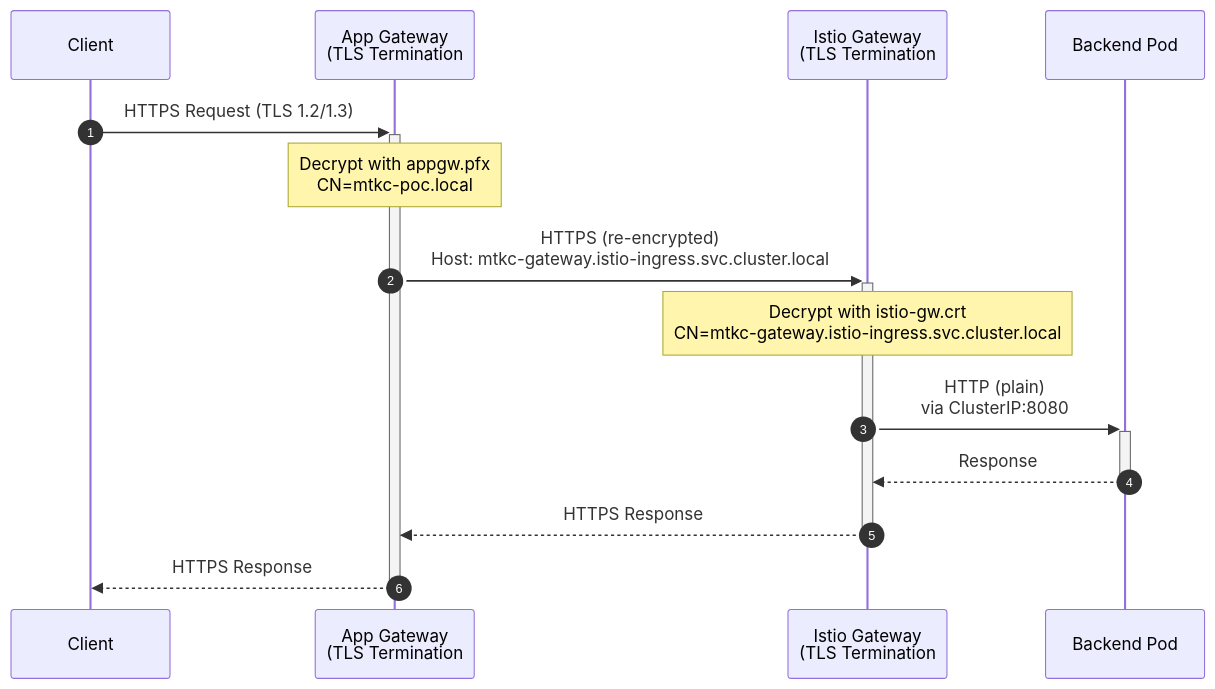
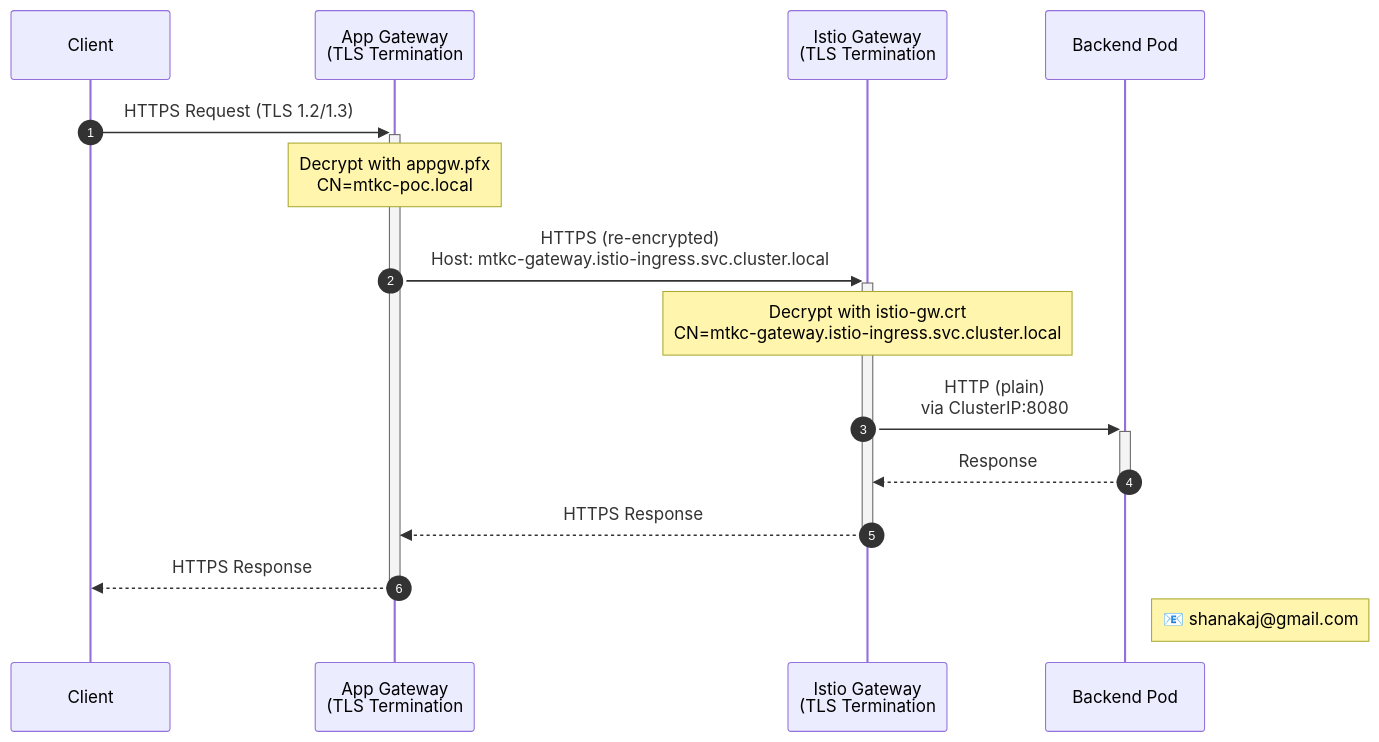
The second of 7 diagrams in README.md (shanaka-versent/shanaka-aks-poc), drawn with Mermaid before and after one commit. The commit also changed other lines of this file, not shown here.

````diff
--- a/README.md
+++ b/README.md
@@ -94,19 +97,21 @@
 ```mermaid
 sequenceDiagram
     autonumber
     participant Client
     participant AppGW as App Gateway<br/>(TLS Termination #1)
     participant IstioGW as Istio Gateway<br/>(TLS Termination #2)
     participant Pod as Backend Pod
 
     Client->>+AppGW: HTTPS Request (TLS 1.2/1.3)
     Note over AppGW: Decrypt with appgw.pfx<br/>CN=mtkc-poc.local
 
     AppGW->>+IstioGW: HTTPS (re-encrypted)<br/>Host: mtkc-gateway.istio-ingress.svc.cluster.local
     Note over IstioGW: Decrypt with istio-gw.crt<br/>CN=mtkc-gateway.istio-ingress.svc.cluster.local
 
     IstioGW->>+Pod: HTTP (plain)<br/>via ClusterIP:8080
     Pod-->>-IstioGW: Response
     IstioGW-->>-AppGW: HTTPS Response
     AppGW-->>-Client: HTTPS Response
+
+    note right of Pod: 📧 shanakaj@gmail.com
 ```
````
